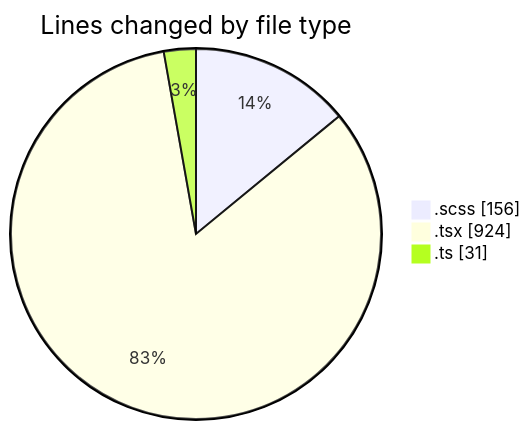
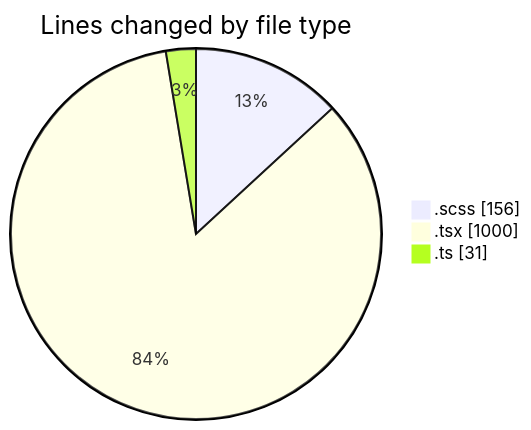
Before and after one commit to momahboobian/code-tracking: the first of 2 diagrams in 2025-02-10/cda/README.md, drawn with Mermaid. The commit also changed other lines of this file and 1 other file, not shown here.

````diff
--- a/2025-02-10/cda/README.md
+++ b/2025-02-10/cda/README.md
@@ -25,7 +25,7 @@
 ```mermaid
 pie showData
 title Lines changed by file type
 ".scss" : 156
-".tsx" : 924
+".tsx" : 1000
 ".ts" : 31
 ```
````
